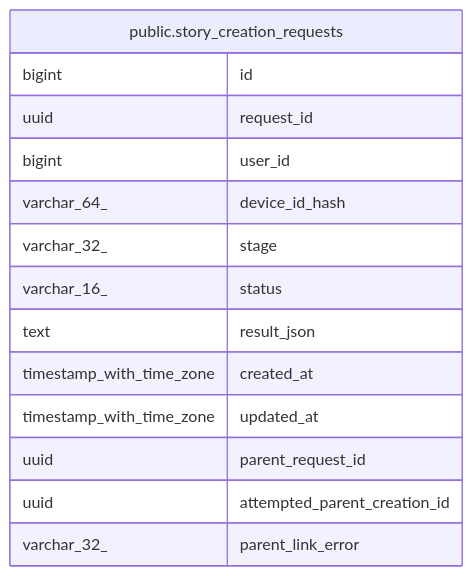
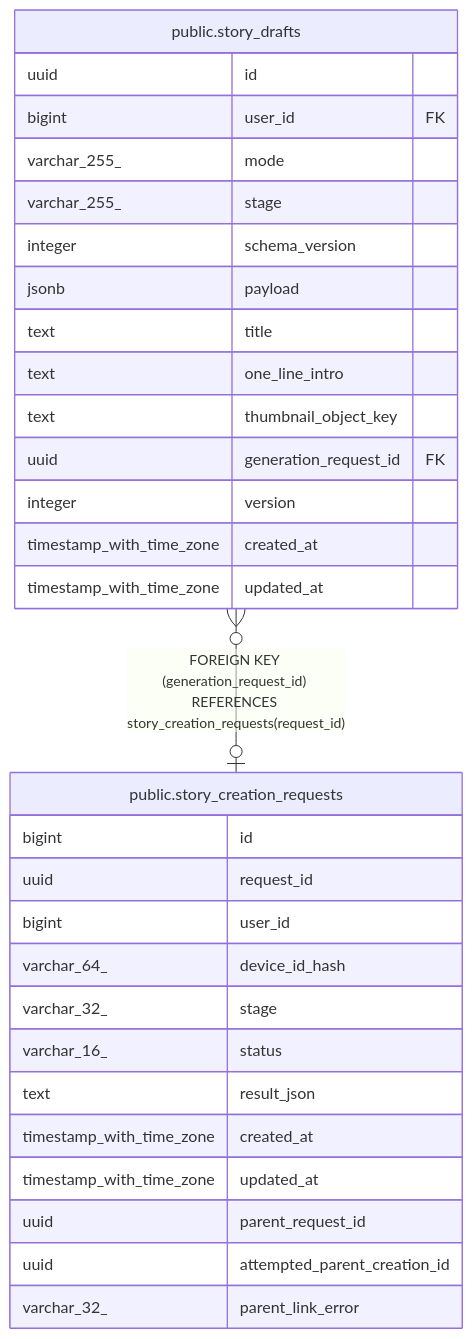
The diagram in dbdoc/public.story_creation_requests.md (KIM-N-KANG/manyak-server), drawn with Mermaid before and after one commit. The commit also changed other lines of this file and 3 other files, not shown here.

Commit message:
[KNK-1641] Docs: story_drafts 스키마 문서 재생성

````diff
--- a/dbdoc/public.story_creation_requests.md
+++ b/dbdoc/public.story_creation_requests.md
@@ -38,19 +38,35 @@
 ```mermaid
 erDiagram
 
+"public.story_drafts" }o--o| "public.story_creation_requests" : "FOREIGN KEY (generation_request_id) REFERENCES story_creation_requests(request_id)"
 
 "public.story_creation_requests" {
   bigint id
   uuid request_id
   bigint user_id
   varchar_64_ device_id_hash
   varchar_32_ stage
   varchar_16_ status
   text result_json
   timestamp_with_time_zone created_at
   timestamp_with_time_zone updated_at
   uuid parent_request_id
   uuid attempted_parent_creation_id
   varchar_32_ parent_link_error
 }
+"public.story_drafts" {
+  uuid id
+  bigint user_id FK
+  varchar_255_ mode
+  varchar_255_ stage
+  integer schema_version
+  jsonb payload
+  text title
+  text one_line_intro
+  text thumbnail_object_key
+  uuid generation_request_id FK
+  integer version
+  timestamp_with_time_zone created_at
+  timestamp_with_time_zone updated_at
+}
 ```
````
